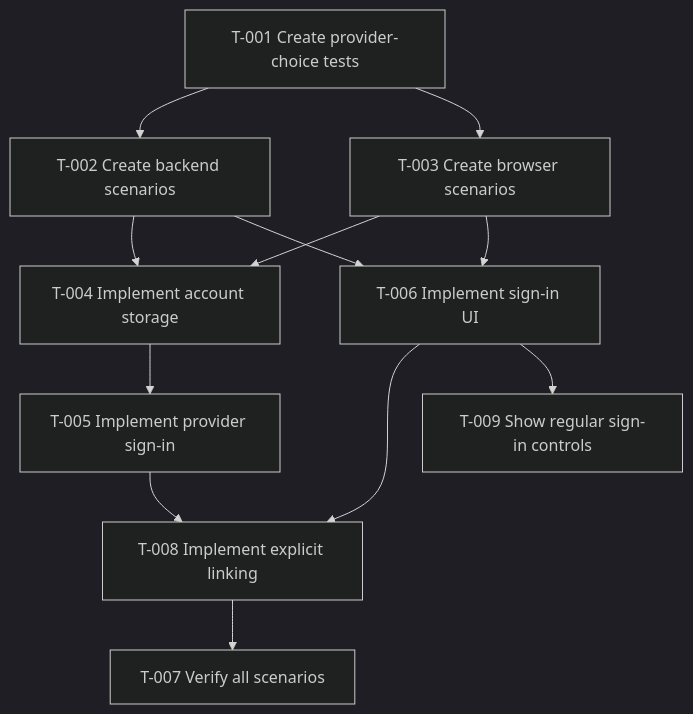
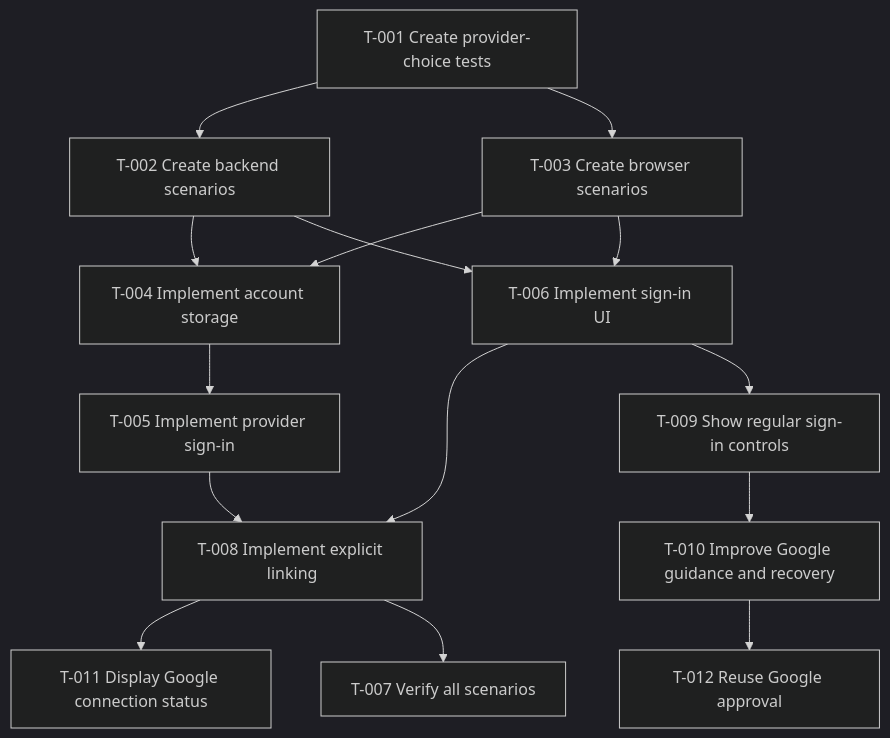
Before and after one commit to b-chua-student/theseus: the diagram in specs/auth/openauth_login/tasks.md, drawn with Mermaid (dark theme). The commit also changed other lines of this file, not shown here.

````diff
--- a/specs/auth/openauth_login/tasks.md
+++ b/specs/auth/openauth_login/tasks.md
@@ -5,23 +5,29 @@
 ```mermaid
 flowchart TD
     T001["T-001 Create provider-choice tests"]
     T002["T-002 Create backend scenarios"]
     T003["T-003 Create browser scenarios"]
     T004["T-004 Implement account storage"]
     T005["T-005 Implement provider sign-in"]
     T006["T-006 Implement sign-in UI"]
     T007["T-007 Verify all scenarios"]
     T008["T-008 Implement explicit linking"]
     T001 --> T002
     T001 --> T003
     T002 --> T004
     T003 --> T004
     T004 --> T005
     T003 --> T006
     T002 --> T006
     T005 --> T008
     T006 --> T008
     T009["T-009 Show regular sign-in controls"]
     T006 --> T009
+    T010["T-010 Improve Google guidance and recovery"]
+    T011["T-011 Display Google connection status"]
+    T009 --> T010
+    T008 --> T011
+    T012["T-012 Reuse Google approval"]
+    T010 --> T012
     T008 --> T007
 ```
````
